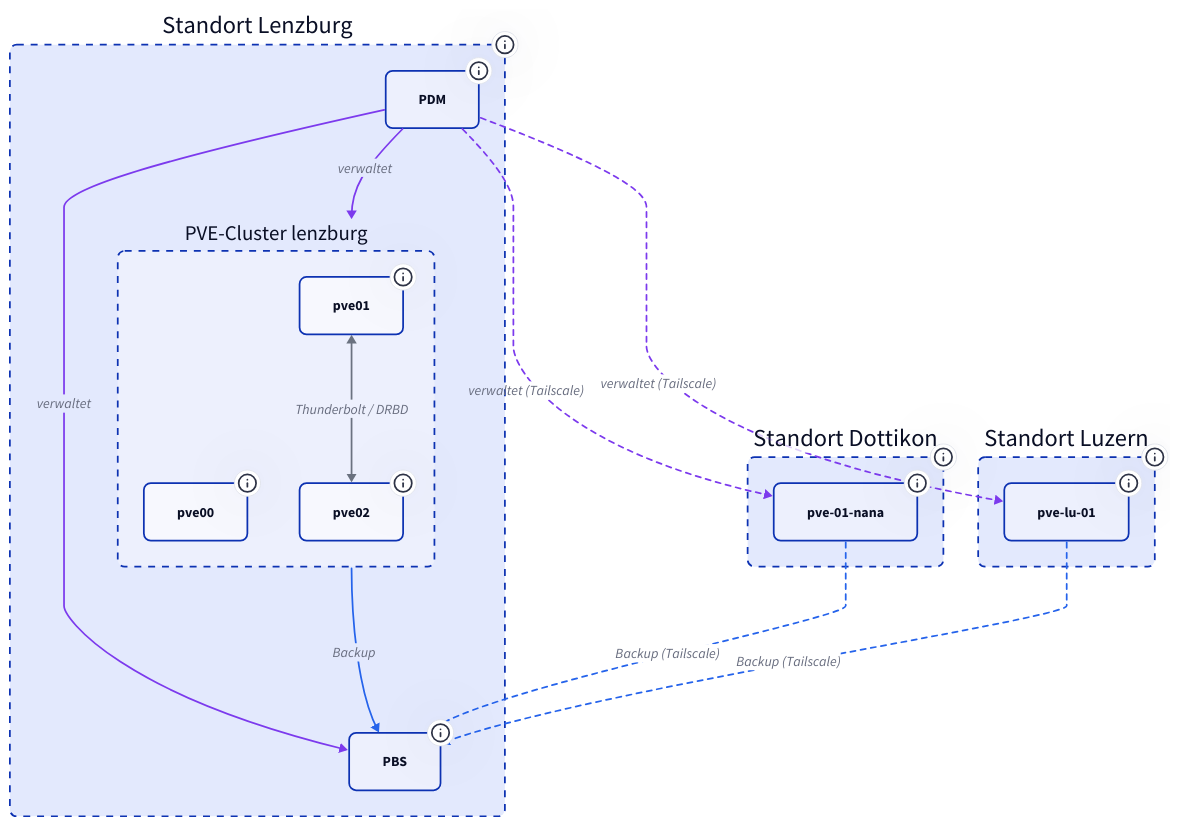
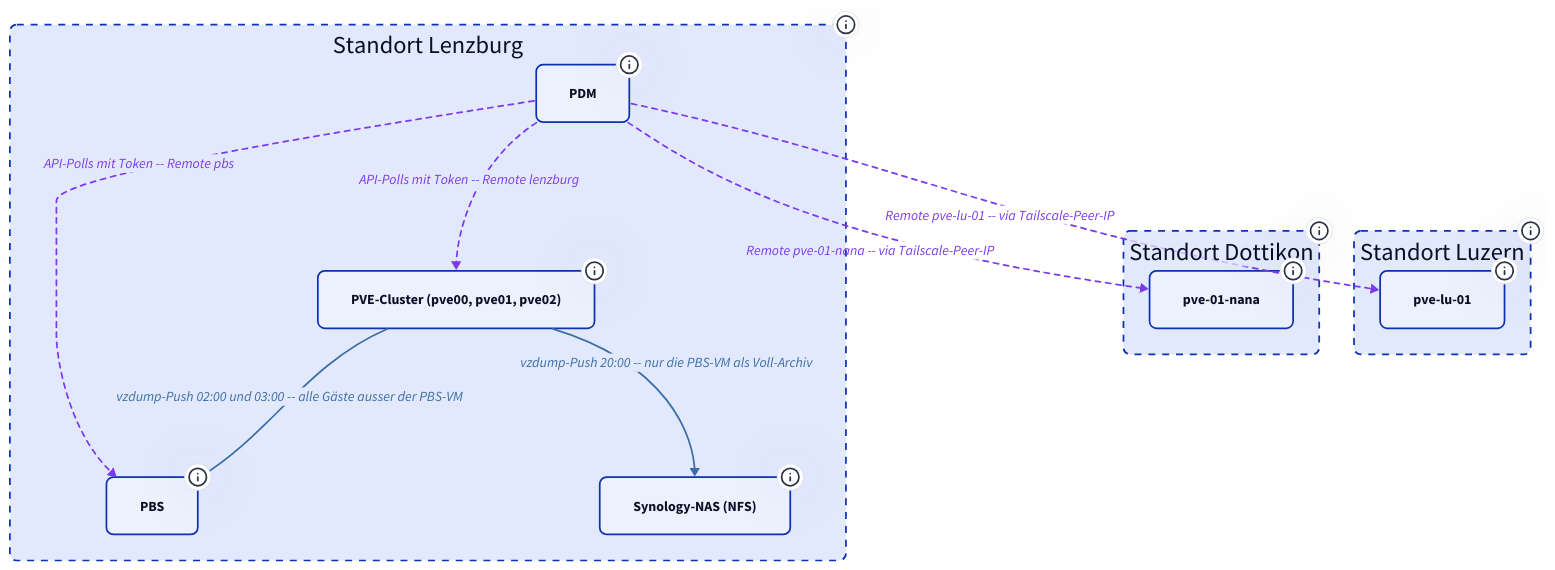
Before and after one commit to derever-labs/homelab-wiki: the first of 2 diagrams in docs/infrastruktur/proxmox/index.md, drawn with D2. The commit also changed other lines of this file and 5 other files, not shown here.

First line of the commit message:
docs: Mechanik-Diagramme fuer LINSTOR/DRBD und Proxmox (S6 Infra) (#146)

````diff
--- a/docs/infrastruktur/proxmox/index.md
+++ b/docs/infrastruktur/proxmox/index.md
@@ -43,64 +47,44 @@
 ```d2
 classes: {
   node: { style: { border-radius: 8 } }
   container: { style: { border-radius: 8; stroke-dash: 4 } }
+  data: { style: { border-radius: 8 } }
+  verwaltung: { style: { stroke: "#7c3aed"; font-color: "#7c3aed" } }
+  backup: { style: { stroke: "#3b6ea5"; font-color: "#3b6ea5" } }
 }
 
 lenzburg: Standort Lenzburg {
   class: container
+  label.near: top-center
   tooltip: "Hauptstandort, 10.0.0.0/22"
 
-  cluster: PVE-Cluster lenzburg {
-    class: container
-    pve00: pve00 { class: node; tooltip: "10.0.2.40 | Quorum" }
-    pve01: pve01 { class: node; tooltip: "10.0.2.41 | Compute" }
-    pve02: pve02 { class: node; tooltip: "10.0.2.42 | Compute" }
-    pve01 <-> pve02: Thunderbolt / DRBD {
-      style.stroke: "#6b7280"
-      tooltip: "10.99.1.0/24, Linstor-Replikation"
-    }
+  cluster: PVE-Cluster (pve00, pve01, pve02) {
+    class: node
+    tooltip: "Corosync-Cluster Proxmox-Rack-01 -- IPs siehe Hosts und IPs"
   }
-
-  pbs: PBS { class: node; tooltip: "10.0.2.50 | VM 99999 auf pve02" }
-  pdm: PDM { class: node; tooltip: "10.0.2.60 | VM 99998 auf pve01" }
+  pbs: PBS { class: node; tooltip: "10.0.2.50 -- VM 99999, läuft als HA-VM auf dem Cluster selbst" }
+  pdm: PDM { class: node; tooltip: "10.0.2.60 -- VM 99998, zentrale Verwaltung aller Proxmox-Instanzen" }
+  nas: Synology-NAS (NFS) { class: data; tooltip: "vm-backup-Share -- Ziel für das vzdump der PBS-VM" }
 }
 
 dottikon: Standort Dottikon {
   class: container
+  label.near: top-center
   tooltip: "192.168.2.0/23"
   nana: pve-01-nana { class: node; tooltip: "192.168.2.41 | TS 100.81.116.122" }
 }
 
 luzern: Standort Luzern {
   class: container
+  label.near: top-center
   tooltip: "172.16.0.0/24"
   pvelu: pve-lu-01 { class: node; tooltip: "172.16.0.200 | TS 100.112.213.18" }
 }
 
-lenzburg.pdm -> lenzburg.cluster: verwaltet {
-  style.stroke: "#7c3aed"
-}
-lenzburg.pdm -> lenzburg.pbs: verwaltet {
-  style.stroke: "#7c3aed"
-}
-lenzburg.pdm -> dottikon.nana: verwaltet (Tailscale) {
-  style.stroke: "#7c3aed"
-  style.stroke-dash: 3
-}
-lenzburg.pdm -> luzern.pvelu: verwaltet (Tailscale) {
-  style.stroke: "#7c3aed"
-  style.stroke-dash: 3
-}
-
-lenzburg.cluster -> lenzburg.pbs: Backup {
-  style.stroke: "#2563eb"
-}
-dottikon.nana -> lenzburg.pbs: Backup (Tailscale) {
-  style.stroke: "#2563eb"
-  style.stroke-dash: 3
-}
-luzern.pvelu -> lenzburg.pbs: Backup (Tailscale) {
-  style.stroke: "#2563eb"
-  style.stroke-dash: 3
-}
+lenzburg.pdm -> lenzburg.cluster: "API-Polls mit Token -- Remote lenzburg" { class: verwaltung; style.stroke-dash: 3 }
+lenzburg.pdm -> lenzburg.pbs: "API-Polls mit Token -- Remote pbs" { class: verwaltung; style.stroke-dash: 3 }
+lenzburg.pdm -> dottikon.nana: "Remote pve-01-nana -- via Tailscale-Peer-IP" { class: verwaltung; style.stroke-dash: 3 }
+lenzburg.pdm -> luzern.pvelu: "Remote pve-lu-01 -- via Tailscale-Peer-IP" { class: verwaltung; style.stroke-dash: 3 }
+lenzburg.cluster -> lenzburg.pbs: "vzdump-Push 02:00 und 03:00 -- alle Gäste ausser der PBS-VM" { class: backup }
+lenzburg.cluster -> lenzburg.nas: "vzdump-Push 20:00 -- nur die PBS-VM als Voll-Archiv" { class: backup }
 ```
````
